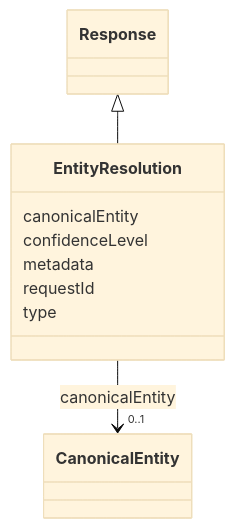
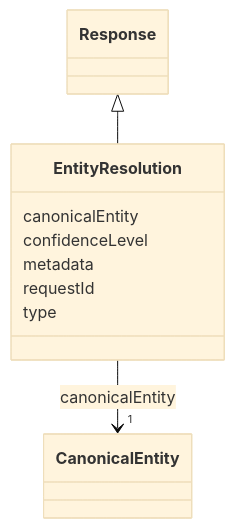
Before and after one commit to meaningfy-ws/er-system: the diagram in docs/schema/EntityResolution.md, drawn with Mermaid (base theme). The commit also changed other lines of this file and 21 other files, not shown here.

Commit message:
fix (ere schema): add proper cardinality restrictions

````diff
--- a/docs/schema/EntityResolution.md
+++ b/docs/schema/EntityResolution.md
@@ -26,28 +26,28 @@
 ```mermaid
  classDiagram
     class EntityResolution
     click EntityResolution href "../EntityResolution/"
       Response <|-- EntityResolution
         click Response href "../Response/"
       
       EntityResolution : canonicalEntity
         
           
     
         
         
-        EntityResolution --> "0..1" CanonicalEntity : canonicalEntity
+        EntityResolution --> "1" CanonicalEntity : canonicalEntity
         click CanonicalEntity href "../CanonicalEntity/"
     
 
         
       EntityResolution : confidenceLevel
         
       EntityResolution : metadata
         
       EntityResolution : requestId
         
       EntityResolution : type
         
       
 ```
````
